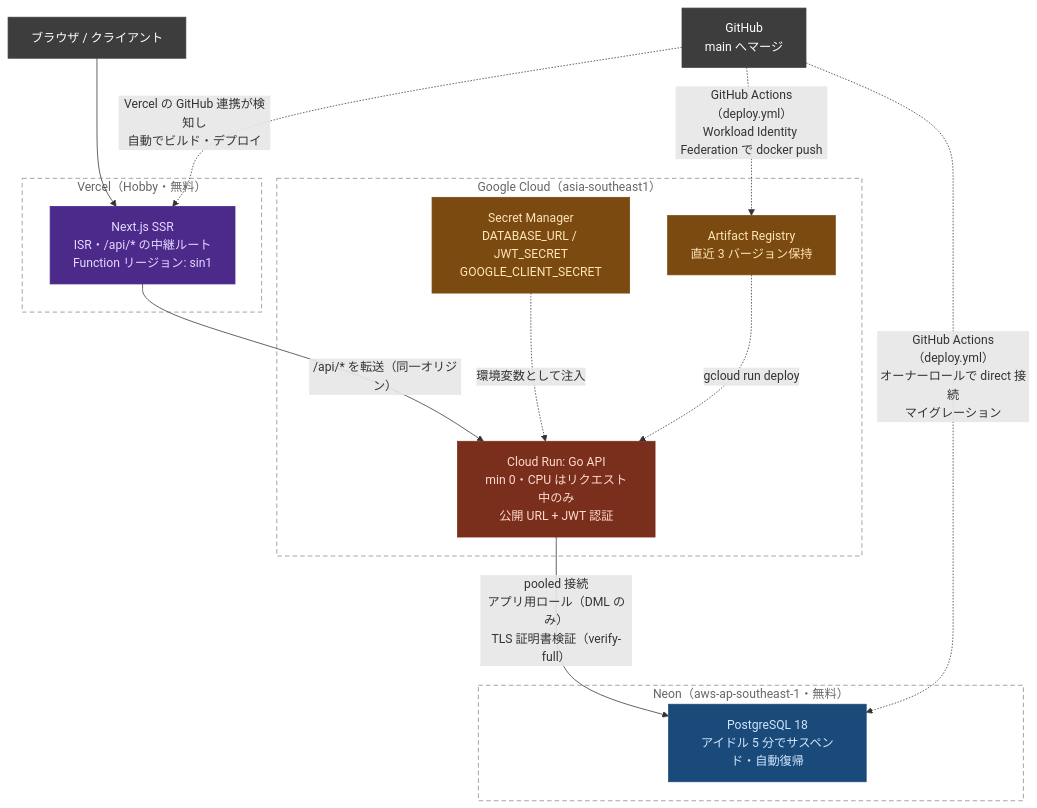
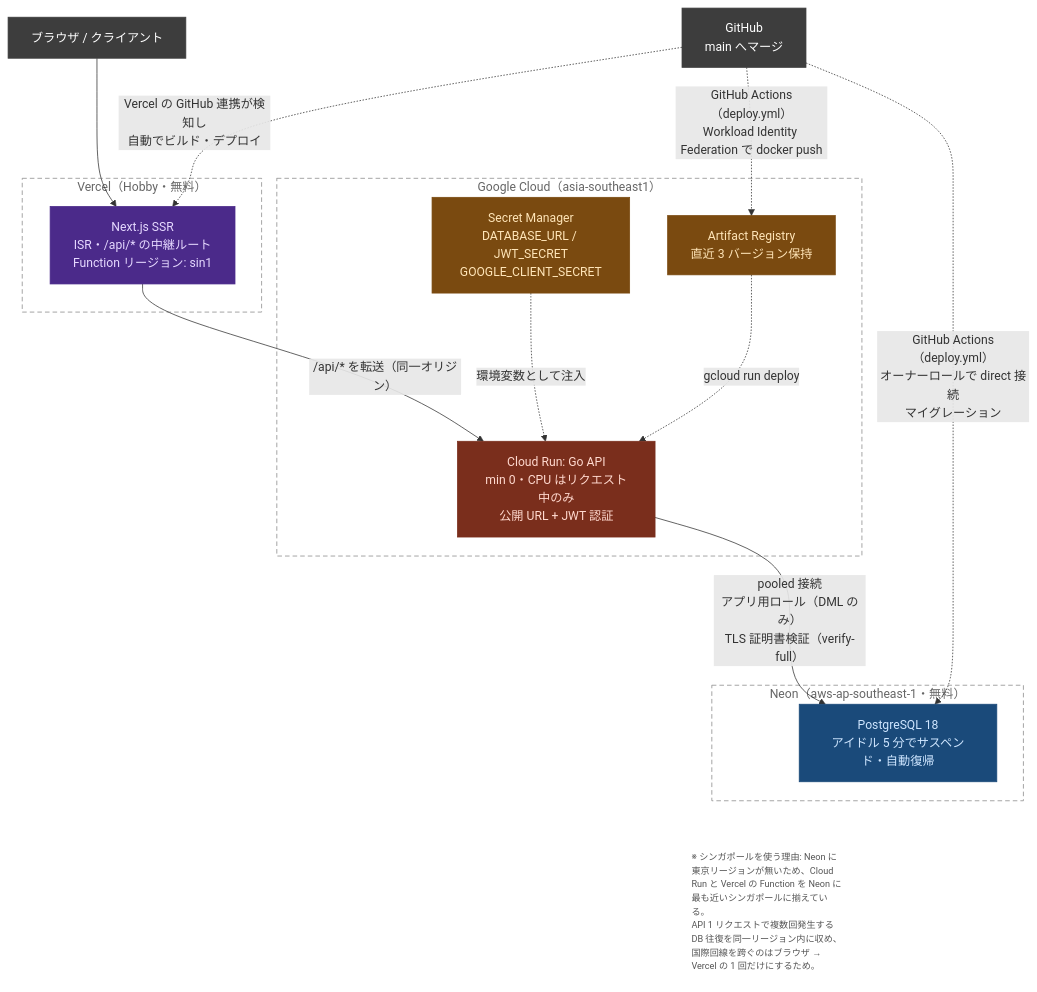
The diagram in docs/architecture.mmd (hiwa-tech-1223/VeganBite), drawn with Mermaid before and after one commit. The commit also changed 1 other file, not shown here.

Commit message:
docs: 構成図にシンガポールリージョンを選んだ理由の注釈を追加

```diff
--- a/docs/architecture.mmd
+++ b/docs/architecture.mmd
@@ -1,46 +1,53 @@
 %% インフラ構成図のソース。docs/architecture.png はこのファイルから生成する（手順は infra/README.md）
 flowchart TB
     Browser["ブラウザ / クライアント"]
     GH["GitHub<br/>main へマージ"]
 
     Browser --> Next
 
     subgraph VercelBox["Vercel（Hobby・無料）"]
         Next["Next.js SSR<br/>ISR・/api/* の中継ルート<br/>Function リージョン: sin1"]
     end
 
     Next -- "/api/* を転送（同一オリジン）" --> Run
 
     subgraph GCPBox["Google Cloud（asia-southeast1）"]
         Run["Cloud Run: Go API<br/>min 0・CPU はリクエスト中のみ<br/>公開 URL + JWT 認証"]
         SM["Secret Manager<br/>DATABASE_URL / JWT_SECRET<br/>GOOGLE_CLIENT_SECRET"]
         AR["Artifact Registry<br/>直近 3 バージョン保持"]
         SM -. "環境変数として注入" .-> Run
         AR -. "gcloud run deploy" .-> Run
     end
 
     Run -- "pooled 接続<br/>アプリ用ロール（DML のみ）<br/>TLS 証明書検証（verify-full）" --> PG
 
     subgraph NeonBox["Neon（aws-ap-southeast-1・無料）"]
         PG["PostgreSQL 18<br/>アイドル 5 分でサスペンド・自動復帰"]
     end
 
     GH -. "Vercel の GitHub 連携が検知し<br/>自動でビルド・デプロイ" .-> Next
     GH -. "GitHub Actions（deploy.yml）<br/>Workload Identity Federation で docker push" .-> AR
     GH -. "GitHub Actions（deploy.yml）<br/>オーナーロールで direct 接続<br/>マイグレーション" .-> PG
 
+    %% 注釈（枠なし・小さめ）。PG の下に配置するため不可視リンクで繋ぐ
+    Note["※ シンガポールを使う理由: Neon に東京リージョンが無いため、Cloud Run と Vercel の Function を Neon に最も近いシンガポールに揃えている。<br/>API 1 リクエストで複数回発生する DB 往復を同一リージョン内に収め、国際回線を跨ぐのはブラウザ → Vercel の 1 回だけにするため。"]
+    Run ~~~ Note
+    PG ~~~ Note
+
     classDef client fill:#3d3d3d,stroke:#3d3d3d,color:#fff
     classDef vercel fill:#4b2a8a,stroke:#4b2a8a,color:#e6d9ff
     classDef run fill:#7a2e1c,stroke:#7a2e1c,color:#ffd9cf
     classDef gcp fill:#7a4a10,stroke:#7a4a10,color:#ffe5b8
     classDef neon fill:#1a4a7a,stroke:#1a4a7a,color:#cfe6ff
 
     class Browser,GH client
     class Next vercel
     class Run run
     class SM,AR gcp
     class PG neon
+    classDef note fill:none,stroke:none,color:#555,font-size:12px,text-align:left
+    class Note note
 
     style VercelBox fill:none,stroke:#888,stroke-dasharray:6 4,color:#666
     style GCPBox fill:none,stroke:#888,stroke-dasharray:6 4,color:#666
     style NeonBox fill:none,stroke:#888,stroke-dasharray:6 4,color:#666
```
